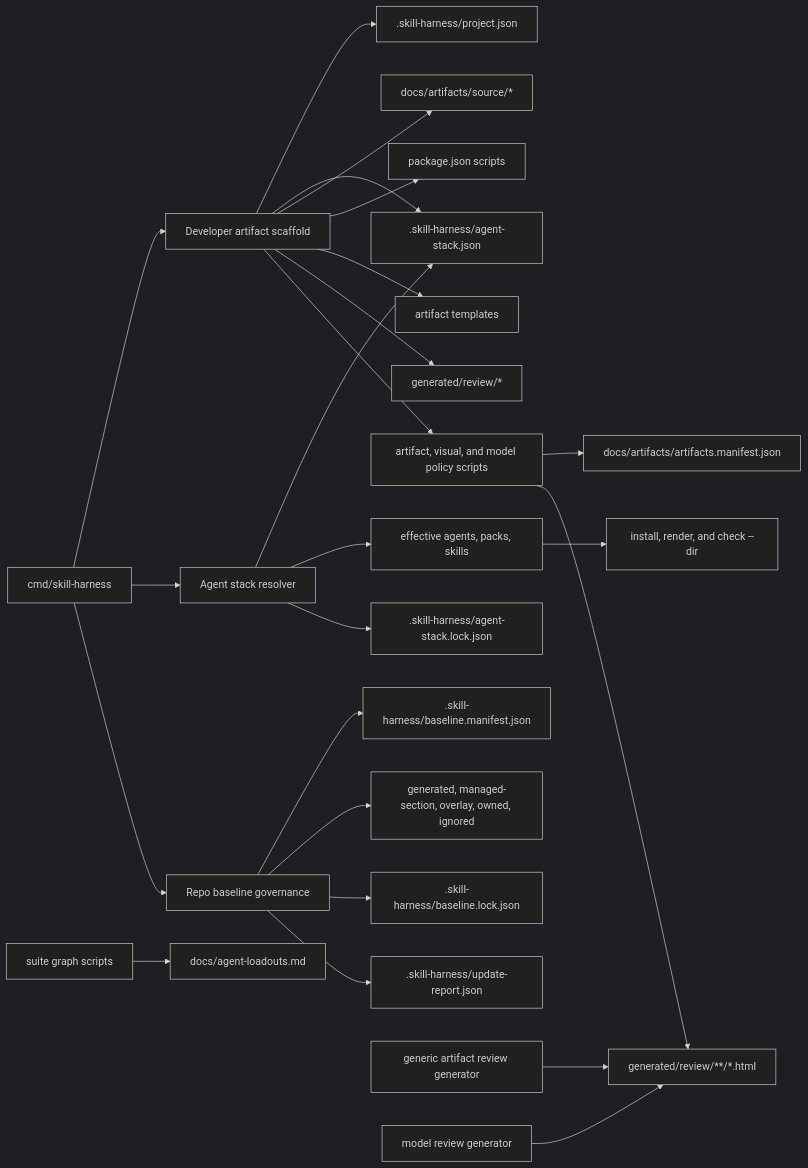
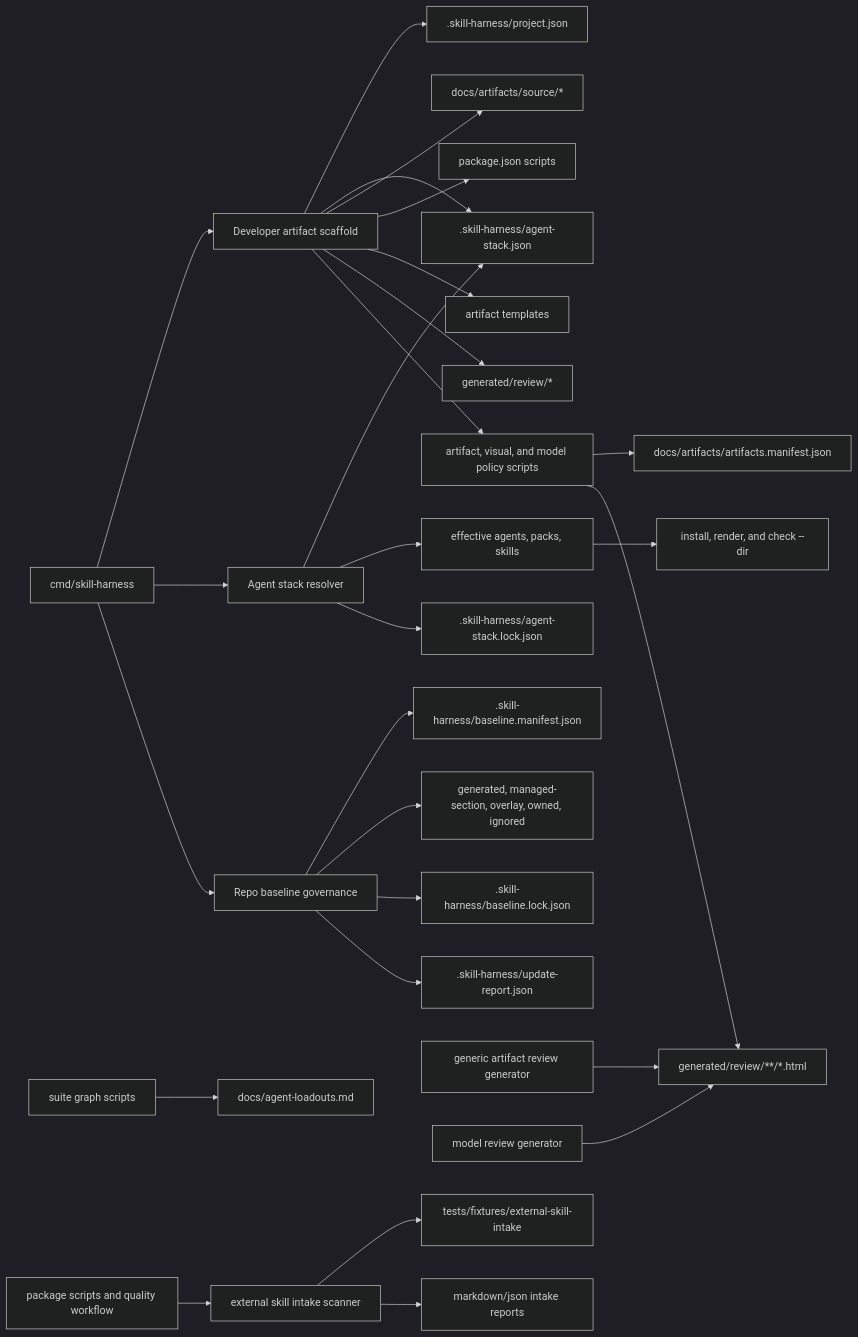
One commit to 45ck/skill-harness changed the diagram in docs/artifacts/source/models/sh-component-scaffold-engine.md. Above: the diagram before and after it, drawn with Mermaid (dark theme). The commit also changed other lines of this file and 47 other files, not shown here.

Commit message:
Add external skill intake fixtures

````diff
--- a/docs/artifacts/source/models/sh-component-scaffold-engine.md
+++ b/docs/artifacts/source/models/sh-component-scaffold-engine.md
@@ -48,26 +54,29 @@
 ```mermaid
 flowchart LR
   CLI["cmd/skill-harness"] --> Scaffold["Developer artifact scaffold"]
   CLI --> Resolver["Agent stack resolver"]
   CLI --> RepoGovernance["Repo baseline governance"]
   Scaffold --> ProjectConfig[".skill-harness/project.json"]
   Scaffold --> AgentStack[".skill-harness/agent-stack.json"]
   Resolver --> AgentStack
   Resolver --> EffectiveState["effective agents, packs, skills"]
   Resolver --> StackLock[".skill-harness/agent-stack.lock.json"]
   EffectiveState --> InstallRender["install, render, and check --dir"]
   RepoGovernance --> BaselineManifest[".skill-harness/baseline.manifest.json"]
   RepoGovernance --> SurfaceModes["generated, managed-section, overlay, owned, ignored"]
   RepoGovernance --> BaselineLock[".skill-harness/baseline.lock.json"]
   RepoGovernance --> UpdateReport[".skill-harness/update-report.json"]
   Scaffold --> SourceDirs["docs/artifacts/source/*"]
   Scaffold --> PackageScripts["package.json scripts"]
   Scaffold --> Templates["artifact templates"]
   Scaffold --> ReviewDirs["generated/review/*"]
   Scaffold --> PolicyScripts["artifact, visual, and model policy scripts"]
   PolicyScripts --> Manifest["docs/artifacts/artifacts.manifest.json"]
   PolicyScripts --> ReviewHTML["generated/review/**/*.html"]
   GenericRenderer["generic artifact review generator"] --> ReviewHTML
   ModelRenderer["model review generator"] --> ReviewHTML
   SuiteScripts["suite graph scripts"] --> LoadoutDocs["docs/agent-loadouts.md"]
+  IntakeScanner["external skill intake scanner"] --> IntakeFixtures["tests/fixtures/external-skill-intake"]
+  IntakeScanner --> IntakeReport["markdown/json intake reports"]
+  QualityChecks["package scripts and quality workflow"] --> IntakeScanner
 ```
````
